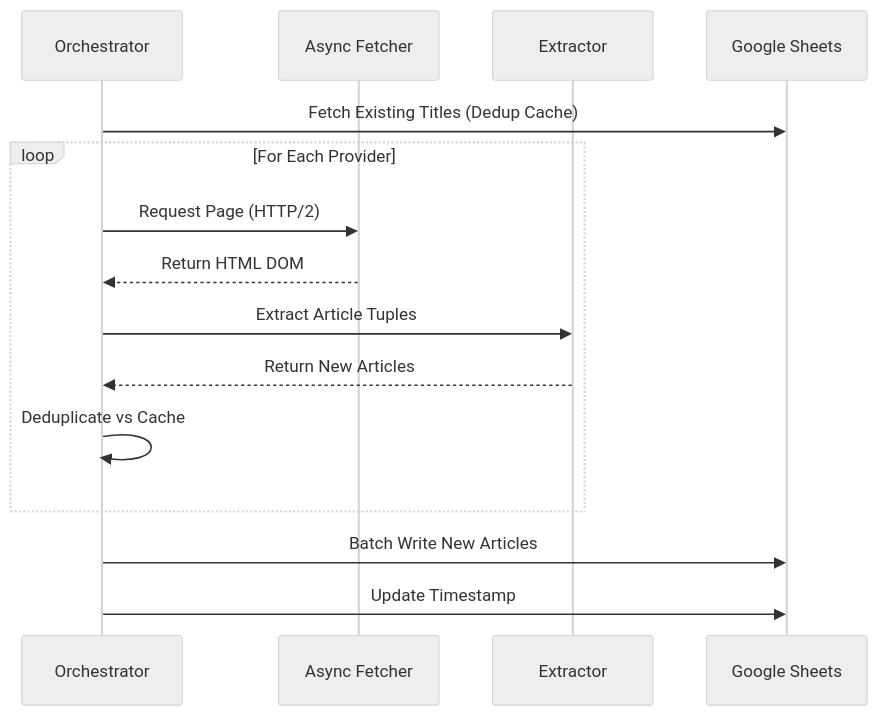
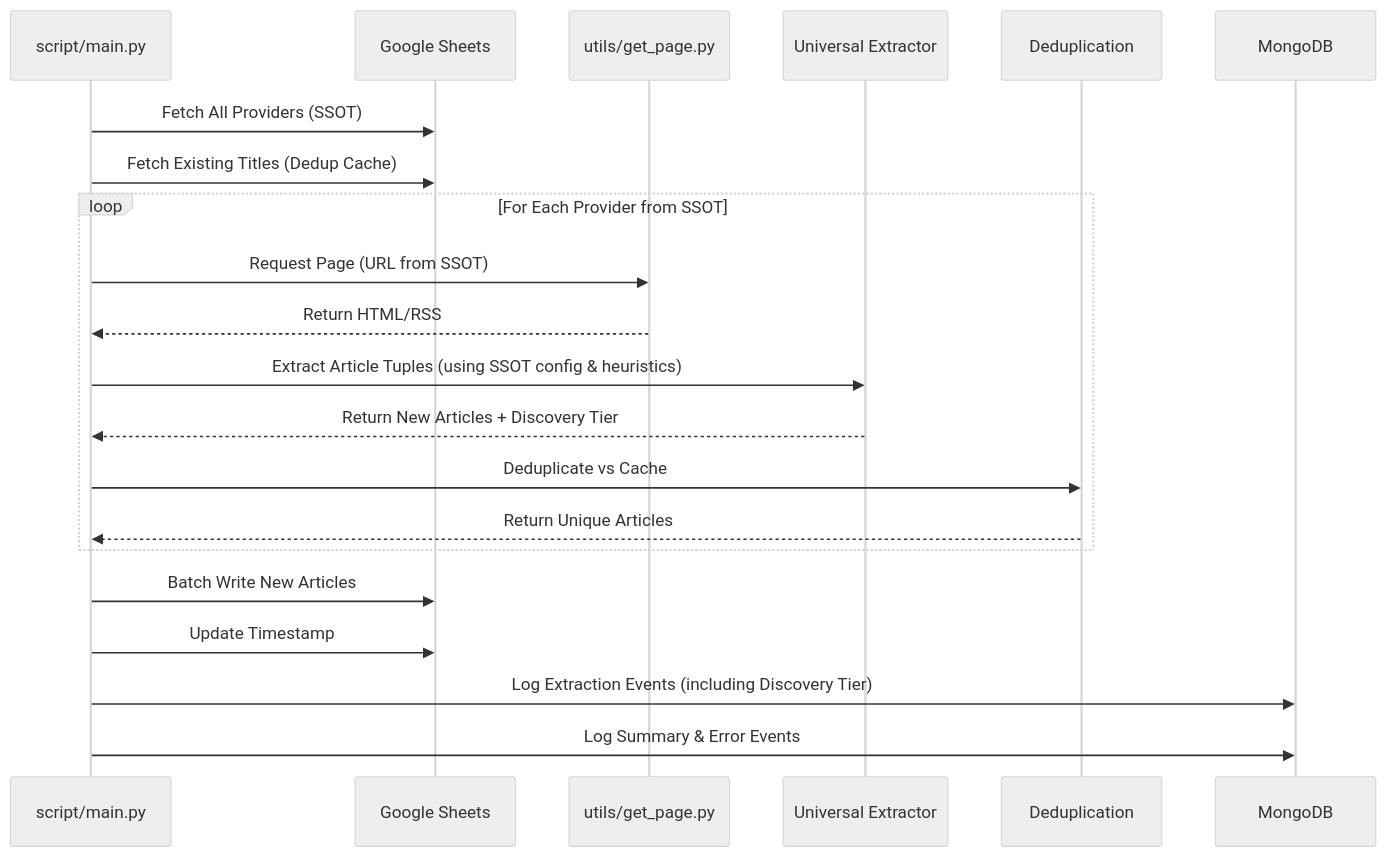
The second of 2 diagrams in docs/architecture/extraction.md (victoriacheng15/personal-reading-analytics-dashboard), drawn with Mermaid (neutral theme) before and after one commit. The commit also changed other lines of this file and 6 other files, not shown here.

Commit message:
docs: Synchronize documentation with project architecture and features

````diff
--- a/docs/architecture/extraction.md
+++ b/docs/architecture/extraction.md
@@ -48,18 +51,26 @@
 ```mermaid
 sequenceDiagram
-    participant Main as Orchestrator
-    participant Fetch as Async Fetcher
-    participant Parse as Extractor
-    participant DB as Google Sheets
+    participant Orchestrator as script/main.py
+    participant Sheets as Google Sheets
+    participant Fetcher as utils/get_page.py
+    participant Extractor as Universal Extractor
+    participant Deduper as Deduplication
+    participant Mongo as MongoDB
 
-    Main->>DB: Fetch Existing Titles (Dedup Cache)
-    loop For Each Provider
-        Main->>Fetch: Request Page (HTTP/2)
-        Fetch-->>Main: Return HTML DOM
-        Main->>Parse: Extract Article Tuples
-        Parse-->>Main: Return New Articles
-        Main->>Main: Deduplicate vs Cache
+    Orchestrator->>Sheets: Fetch All Providers (SSOT)
+    Orchestrator->>Sheets: Fetch Existing Titles (Dedup Cache)
+
+    loop For Each Provider from SSOT
+        Orchestrator->>Fetcher: Request Page (URL from SSOT)
+        Fetcher-->>Orchestrator: Return HTML/RSS
+        Orchestrator->>Extractor: Extract Article Tuples (using SSOT config & heuristics)
+        Extractor-->>Orchestrator: Return New Articles + Discovery Tier
+        Orchestrator->>Deduper: Deduplicate vs Cache
+        Deduper-->>Orchestrator: Return Unique Articles
     end
-    Main->>DB: Batch Write New Articles
-    Main->>DB: Update Timestamp
+
+    Orchestrator->>Sheets: Batch Write New Articles
+    Orchestrator->>Sheets: Update Timestamp
+    Orchestrator->>Mongo: Log Extraction Events (including Discovery Tier)
+    Orchestrator->>Mongo: Log Summary & Error Events
 ```
````
